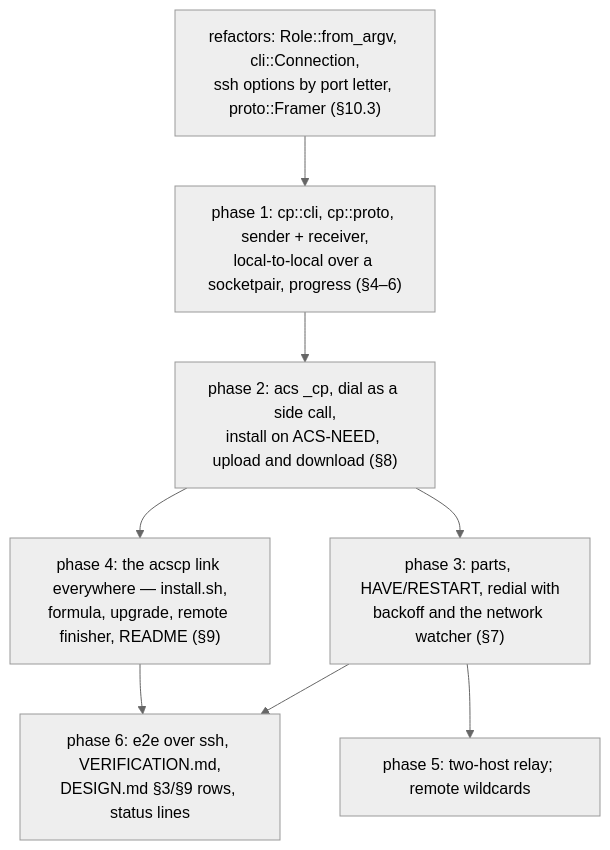
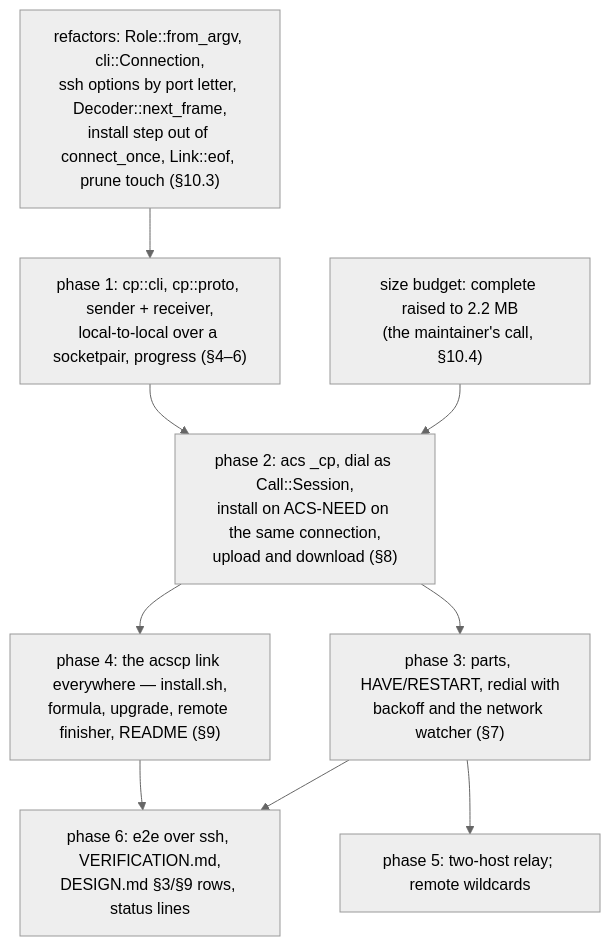
The third of 3 diagrams in docs/ACSCP_DESIGN.md (michel-onstein/acs), drawn with Mermaid (neutral theme) before and after one commit. The commit also changed other lines of this file, not shown here.

````diff
--- a/docs/ACSCP_DESIGN.md
+++ b/docs/ACSCP_DESIGN.md
@@ -671,11 +920,12 @@
 ```mermaid
 flowchart TD
-    R1["refactors: Role::from_argv, cli::Connection,\nssh options by port letter, proto::Framer (§10.3)"] --> P1
+    R1["refactors: Role::from_argv, cli::Connection,\nssh options by port letter, Decoder::next_frame,\ninstall step out of connect_once, Link::eof, prune touch (§10.3)"] --> P1
+    B["size budget: complete raised to 2.2 MB\n(the maintainer's call, §10.4)"] --> P2
     P1["phase 1: cp::cli, cp::proto, sender + receiver,\nlocal-to-local over a socketpair, progress (§4–6)"] --> P2
-    P2["phase 2: acs _cp, dial as a side call,\ninstall on ACS-NEED, upload and download (§8)"] --> P3
+    P2["phase 2: acs _cp, dial as Call::Session,\ninstall on ACS-NEED on the same connection,\nupload and download (§8)"] --> P3
     P2 --> P4
     P3["phase 3: parts, HAVE/RESTART, redial with\nbackoff and the network watcher (§7)"] --> P6
     P4["phase 4: the acscp link everywhere — install.sh,\nformula, upgrade, remote finisher, README (§9)"] --> P6
     P6["phase 6: e2e over ssh, VERIFICATION.md,\nDESIGN.md §3/§9 rows, status lines"]
     P3 --> P5["phase 5: two-host relay; remote wildcards"]
 ```
````
